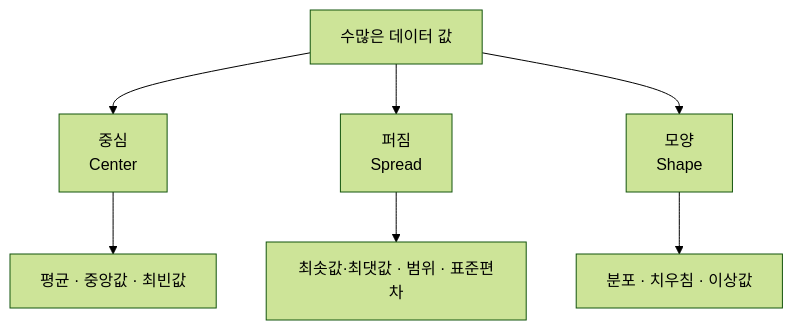
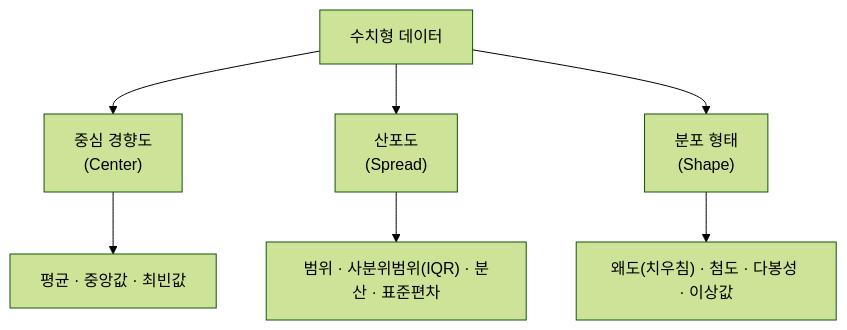
One commit to phyzikyh/databuilding changed the diagram in week05_lecture.qmd. Above: the diagram before and after it, drawn with Mermaid (forest theme). The commit also changed other lines of this file and 3 other files, not shown here.

````diff
--- a/week05_lecture.qmd
+++ b/week05_lecture.qmd
@@ -25,10 +31,10 @@
 ```{mermaid}
-%%| fig-cap: "그림 5-1. 기술통계의 세 가지 관점"
+%%| fig-cap: "그림 5-1. 수치형 기술통계 지표의 분류"
 flowchart TB
-    D["수많은 데이터 값"] --> C["중심<br/>Center"]
-    D --> S["퍼짐<br/>Spread"]
-    D --> H["모양<br/>Shape"]
+    D["수치형 데이터"] --> C["중심 경향도<br/>(Center)"]
+    D --> S["산포도<br/>(Spread)"]
+    D --> H["분포 형태<br/>(Shape)"]
     C --> C1["평균 · 중앙값 · 최빈값"]
-    S --> S1["최솟값·최댓값 · 범위 · 표준편차"]
-    H --> H1["분포 · 치우침 · 이상값"]
+    S --> S1["범위 · 사분위범위(IQR) · 분산 · 표준편차"]
+    H --> H1["왜도(치우침) · 첨도 · 다봉성 · 이상값"]
 ```
````
